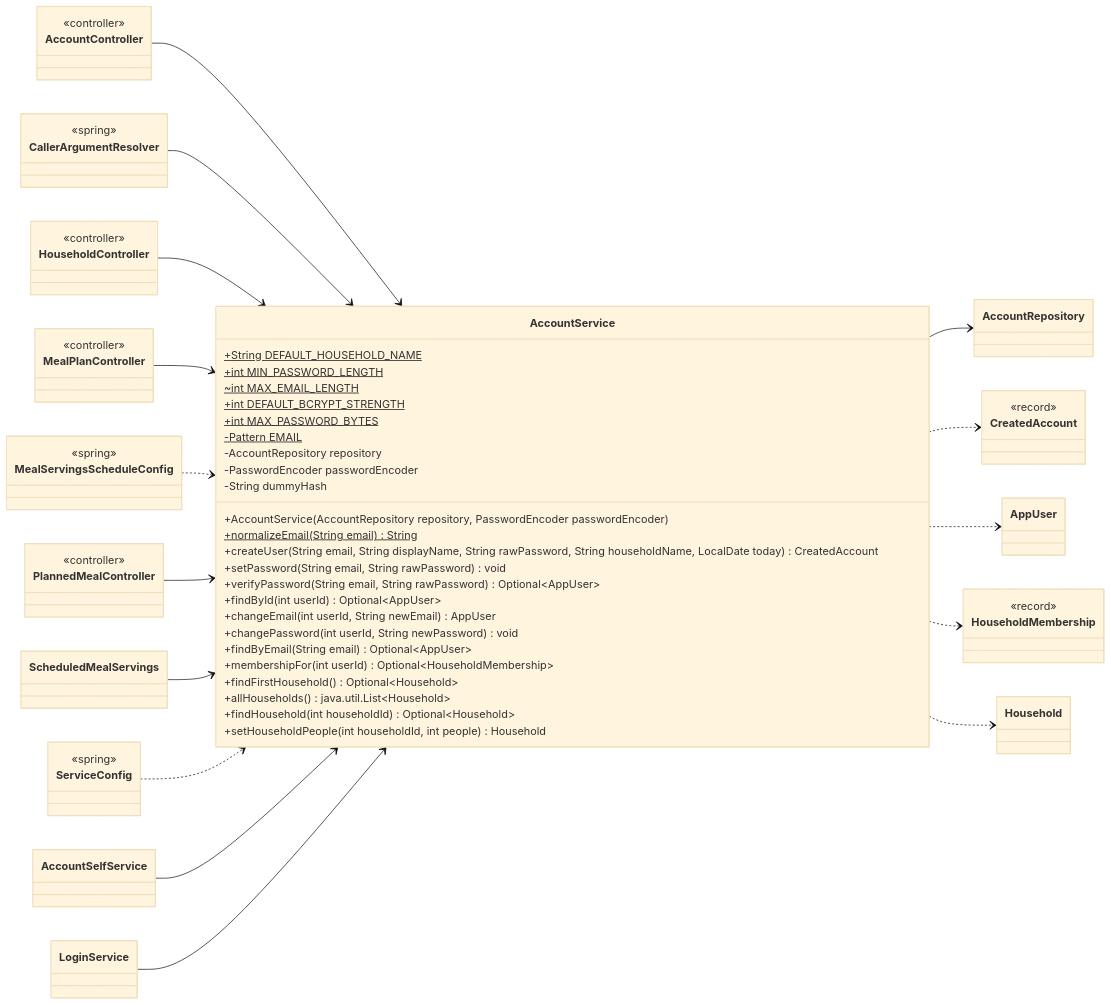
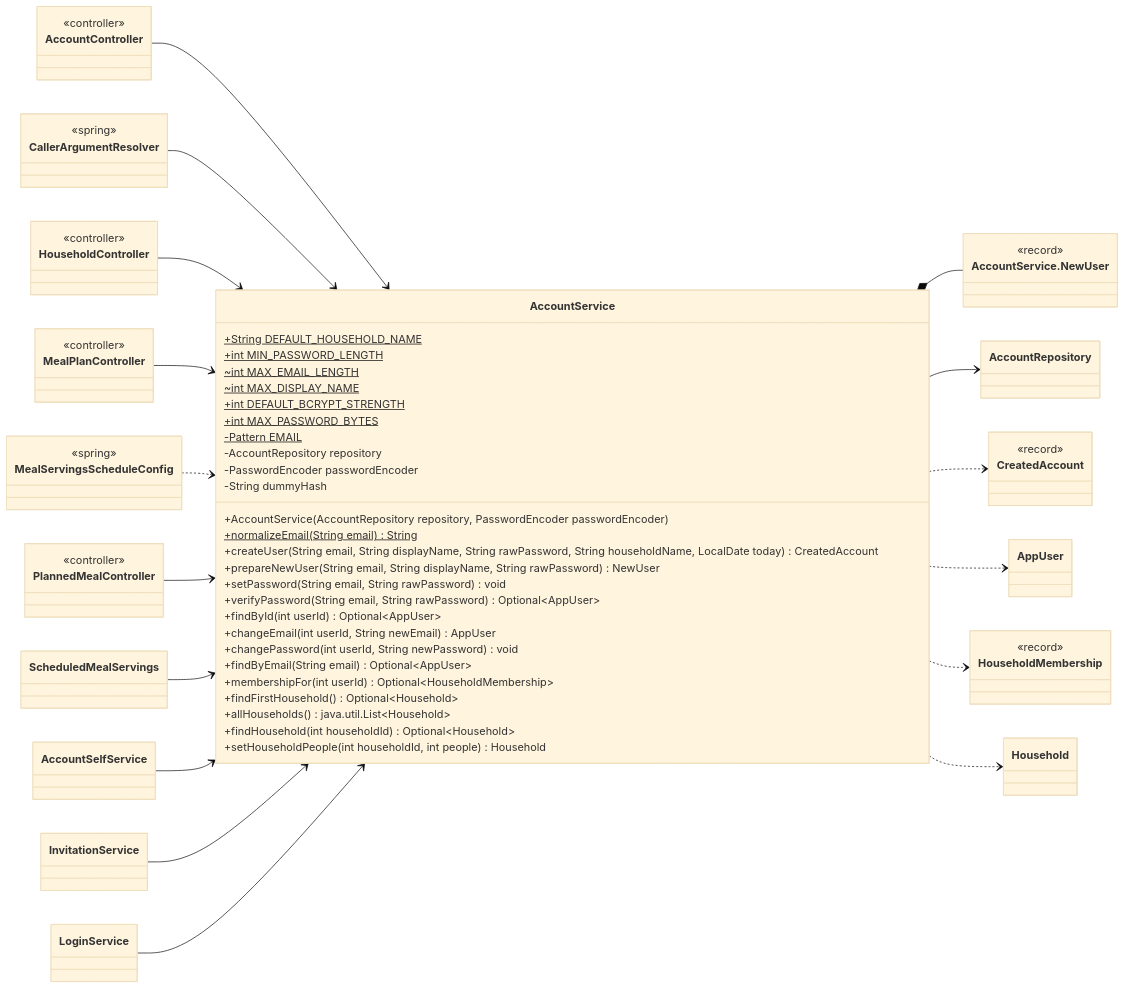
One commit to Nate-ryan-7690/dahaem changed the fourth of 24 diagrams in docs/classes/auth.md. Above: the diagram before and after it, drawn with Mermaid (base theme). The commit also changed other lines of this file and 4 other files, not shown here.

````diff
--- a/docs/classes/auth.md
+++ b/docs/classes/auth.md
@@ -210,77 +243,82 @@
 ```mermaid
 classDiagram
     direction LR
     class auth_AccountService["AccountService"] {
         +String DEFAULT_HOUSEHOLD_NAME$
         +int MIN_PASSWORD_LENGTH$
         ~int MAX_EMAIL_LENGTH$
+        ~int MAX_DISPLAY_NAME$
         +int DEFAULT_BCRYPT_STRENGTH$
         +int MAX_PASSWORD_BYTES$
         -Pattern EMAIL$
         -AccountRepository repository
         -PasswordEncoder passwordEncoder
         +AccountService(AccountRepository repository, PasswordEncoder passwordEncoder)
         +normalizeEmail(String email) String$
         +createUser(String email, String displayName, String rawPassword, String householdName, LocalDate today) CreatedAccount
+        +prepareNewUser(String email, String displayName, String rawPassword) NewUser
         +setPassword(String email, String rawPassword) void
         -String dummyHash
         +verifyPassword(String email, String rawPassword) Optional~AppUser~
         +findById(int userId) Optional~AppUser~
         +changeEmail(int userId, String newEmail) AppUser
         +changePassword(int userId, String newPassword) void
         +findByEmail(String email) Optional~AppUser~
         +membershipFor(int userId) Optional~HouseholdMembership~
         +findFirstHousehold() Optional~Household~
         +allHouseholds() java.util.List~Household~
         +findHousehold(int householdId) Optional~Household~
         +setHouseholdPeople(int householdId, int people) Household
+    }
+    class auth_AccountService_NewUser["AccountService.NewUser"] {
+        <<record>>
     }
     class auth_AccountRepository["AccountRepository"]
     class api_AccountController["AccountController"] {
         <<controller>>
     }
     class api_CallerArgumentResolver["CallerArgumentResolver"] {
         <<spring>>
     }
     class api_HouseholdController["HouseholdController"] {
         <<controller>>
     }
     class api_MealPlanController["MealPlanController"] {
         <<controller>>
     }
     class api_PlannedMealController["PlannedMealController"] {
         <<controller>>
     }
     class api_ScheduledMealServings["ScheduledMealServings"]
     class auth_AccountSelfService["AccountSelfService"]
+    class auth_InvitationService["InvitationService"]
     class auth_LoginService["LoginService"]
     class auth_CreatedAccount["CreatedAccount"] {
         <<record>>
     }
     class auth_AppUser["AppUser"]
     class auth_HouseholdMembership["HouseholdMembership"] {
         <<record>>
     }
     class auth_Household["Household"]
     class api_MealServingsScheduleConfig["MealServingsScheduleConfig"] {
         <<spring>>
     }
-    class api_ServiceConfig["ServiceConfig"] {
-        <<spring>>
-    }
+    auth_AccountService *-- auth_AccountService_NewUser
     auth_AccountService --> auth_AccountRepository
     auth_AccountService ..> auth_CreatedAccount
     auth_AccountService ..> auth_AppUser
     auth_AccountService ..> auth_HouseholdMembership
     auth_AccountService ..> auth_Household
     api_AccountController --> auth_AccountService
     api_CallerArgumentResolver --> auth_AccountService
     api_HouseholdController --> auth_AccountService
     api_MealPlanController --> auth_AccountService
     api_MealServingsScheduleConfig ..> auth_AccountService
     api_PlannedMealController --> auth_AccountService
     api_ScheduledMealServings --> auth_AccountService
-    api_ServiceConfig ..> auth_AccountService
     auth_AccountSelfService --> auth_AccountService
+    auth_InvitationService --> auth_AccountService
     auth_LoginService --> auth_AccountService
+    %% 1 more neighbours not drawn
 ```
````
